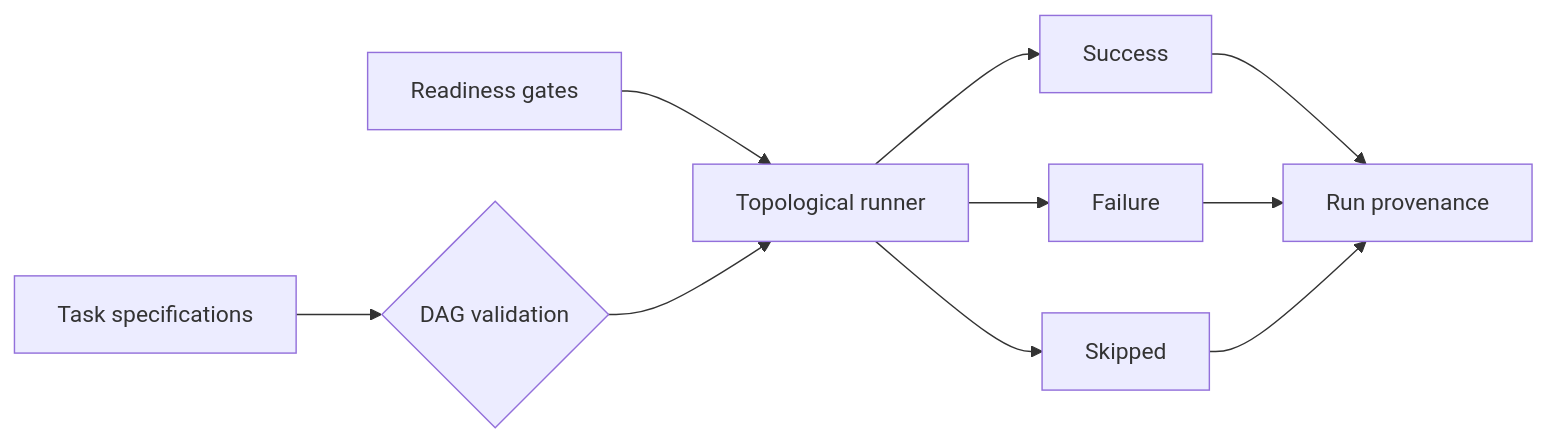
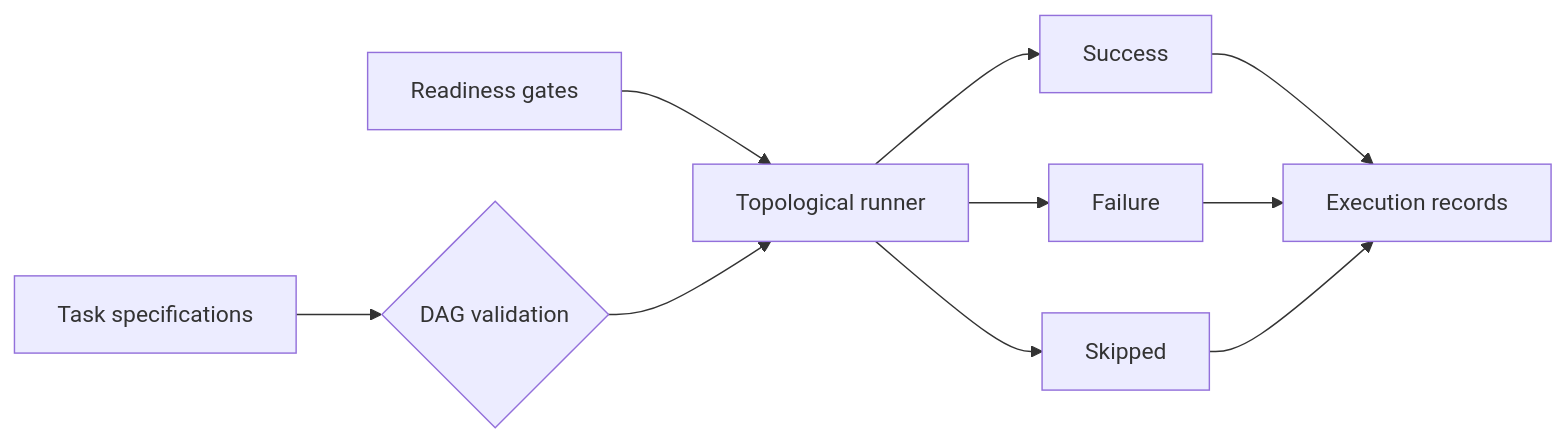
Before and after one commit to gabrafur/customer-engagement-data-platform: the first of 2 diagrams in docs/modular-platform.md, drawn with Mermaid. The commit also changed other lines of this file and 15 other files, not shown here.

````diff
--- a/docs/modular-platform.md
+++ b/docs/modular-platform.md
@@ -7,12 +9,12 @@
-```mermaid
+~~~mermaid
 flowchart LR
     A[Task specifications] --> V{DAG validation}
     G[Readiness gates] --> R[Topological runner]
     V --> R
     R --> S[Success]
     R --> F[Failure]
     R --> K[Skipped]
-    S --> P[Run provenance]
+    S --> P[Execution records]
     F --> P
     K --> P
-```
+~~~
````
